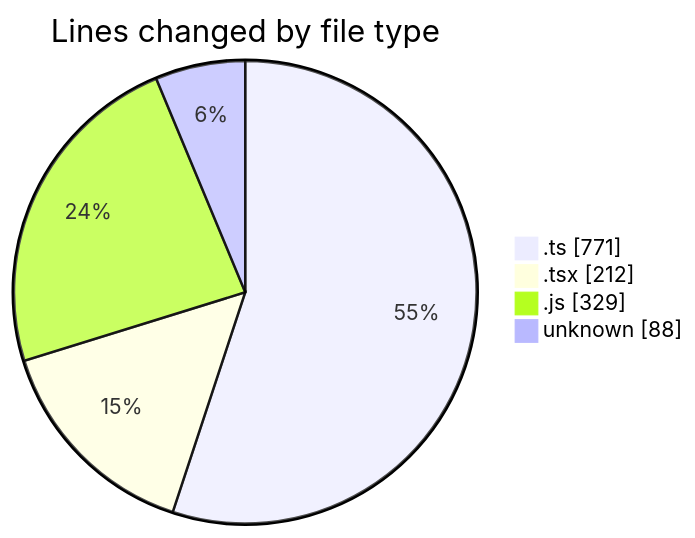
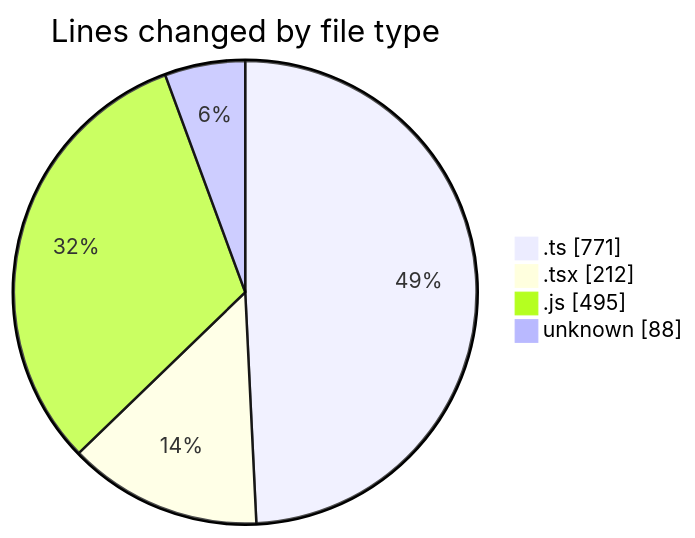
Before and after one commit to momahboobian/code-tracking: the first of 2 diagrams in 2026-03-11/cda/README.md, drawn with Mermaid. The commit also changed other lines of this file and 1 other file, not shown here.

````diff
--- a/2026-03-11/cda/README.md
+++ b/2026-03-11/cda/README.md
@@ -25,8 +26,8 @@
 ```mermaid
 pie showData
 title Lines changed by file type
 ".ts" : 771
 ".tsx" : 212
-".js" : 329
+".js" : 495
 "unknown" : 88
 ```
````
